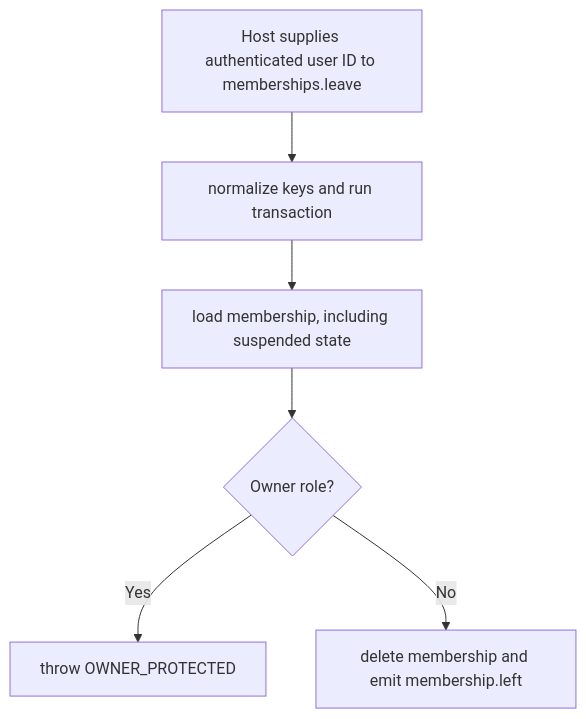
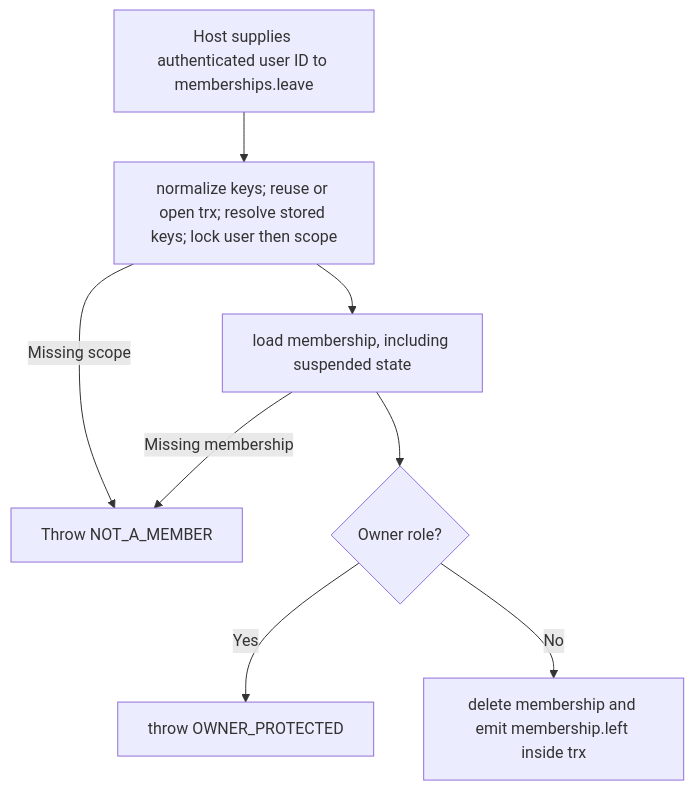
Before and after one commit to Kevinjohn/oss-adonisjs-access-control: the second of 2 diagrams in user-stories/US-ACCESS-07-leave-scope.md, drawn with Mermaid. The commit also changed other lines of this file and 31 other files, not shown here.

````diff
--- a/user-stories/US-ACCESS-07-leave-scope.md
+++ b/user-stories/US-ACCESS-07-leave-scope.md
@@ -31,8 +32,10 @@
 ```mermaid
 flowchart TD
-    A["Host supplies authenticated user ID to memberships.leave"] --> B["normalize keys and run transaction"]
+    A["Host supplies authenticated user ID to memberships.leave"] --> B["normalize keys; reuse or open trx; resolve stored keys; lock user then scope"]
+    B -->|Missing scope| X["Throw NOT_A_MEMBER"]
     B --> C["load membership, including suspended state"]
+    C -->|Missing membership| X
     C --> D{"Owner role?"}
     D -->|Yes| E["throw OWNER_PROTECTED"]
-    D -->|No| F["delete membership and emit membership.left"]
+    D -->|No| F["delete membership and emit membership.left inside trx"]
 ```
````
